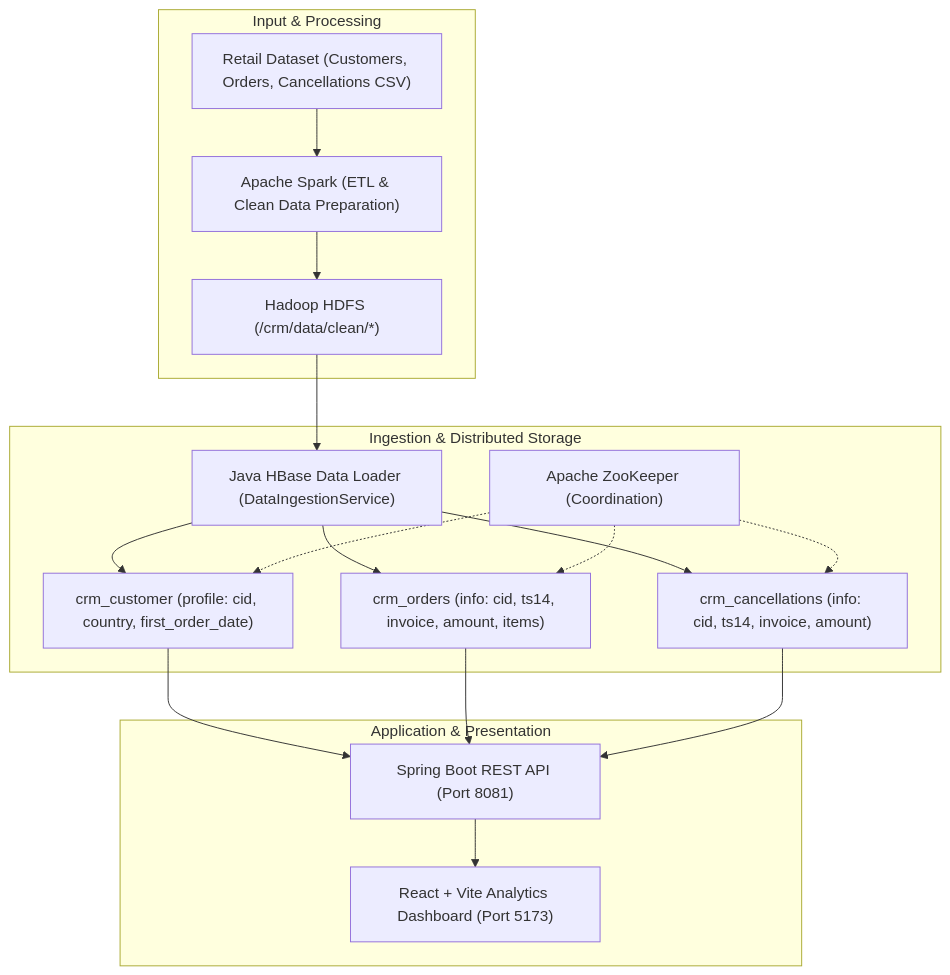
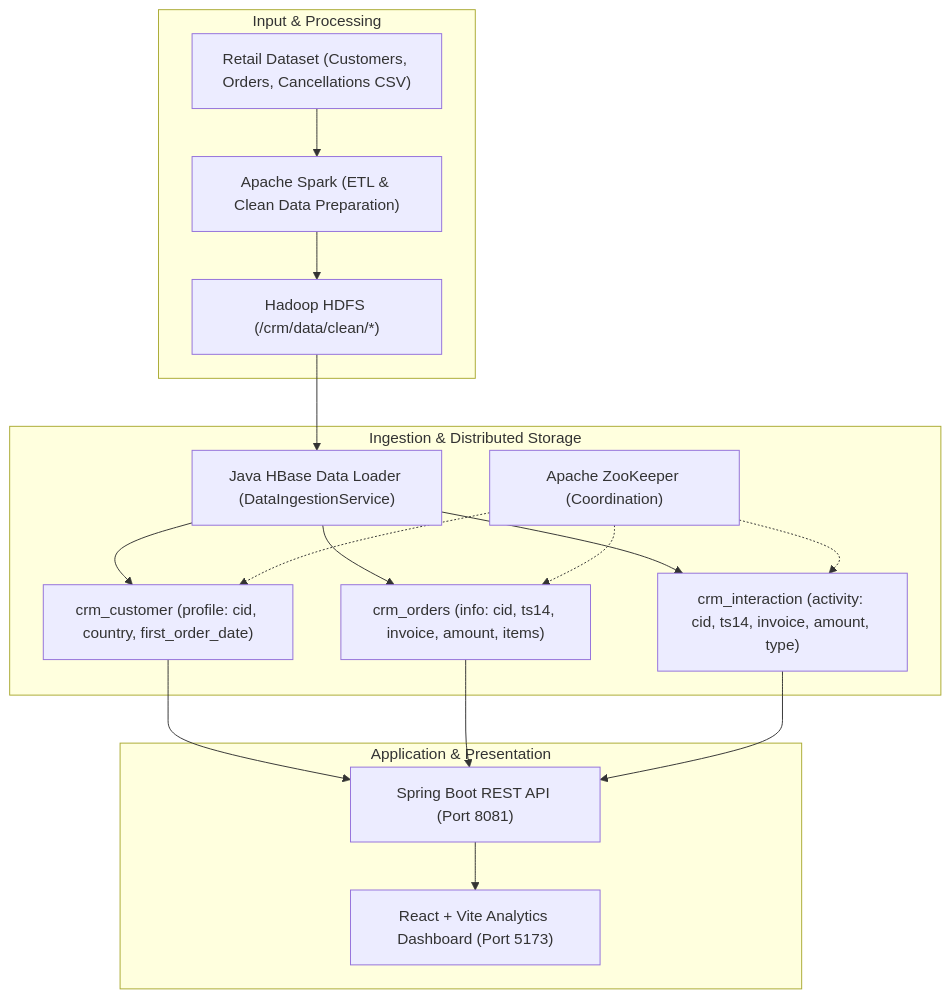
The diagram in PROJECT_DESCRIPTION.md (venu-822006/Hbase), drawn with Mermaid before and after one commit. The commit also changed other lines of this file and 17 other files, not shown here.

````diff
--- a/PROJECT_DESCRIPTION.md
+++ b/PROJECT_DESCRIPTION.md
@@ -47,24 +47,24 @@
 ```mermaid
 flowchart TD
     subgraph DataLayer [Input & Processing]
         Raw["Retail Dataset (Customers, Orders, Cancellations CSV)"] --> Spark["Apache Spark (ETL & Clean Data Preparation)"]
         Spark --> HDFS["Hadoop HDFS (/crm/data/clean/*)"]
     end
 
     subgraph IngestionLayer [Ingestion & Distributed Storage]
         HDFS --> Loader["Java HBase Data Loader (DataIngestionService)"]
         Loader --> Cust["crm_customer (profile: cid, country, first_order_date)"]
         Loader --> Ord["crm_orders (info: cid, ts14, invoice, amount, items)"]
-        Loader --> Canc["crm_cancellations (info: cid, ts14, invoice, amount)"]
+        Loader --> Canc["crm_interaction (activity: cid, ts14, invoice, amount, type)"]
         ZK["Apache ZooKeeper (Coordination)"] -.-> Cust
         ZK -.-> Ord
         ZK -.-> Canc
     end
 
     subgraph AppLayer [Application & Presentation]
         Cust --> SpringBoot["Spring Boot REST API (Port 8081)"]
         Ord --> SpringBoot
         Canc --> SpringBoot
         SpringBoot --> ReactUI["React + Vite Analytics Dashboard (Port 5173)"]
     end
 ```
````
